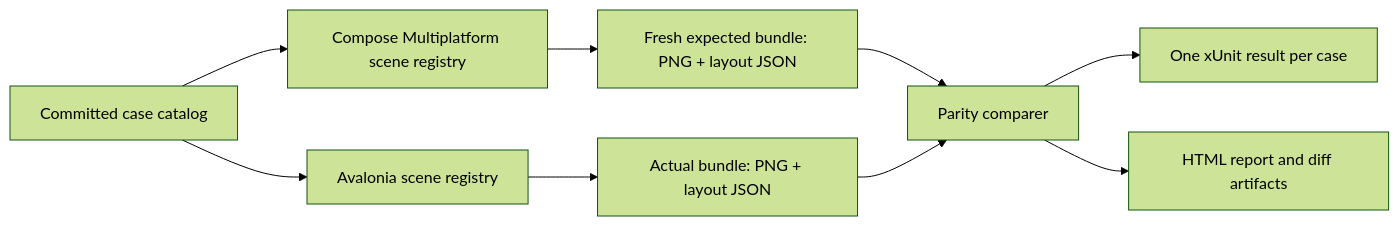
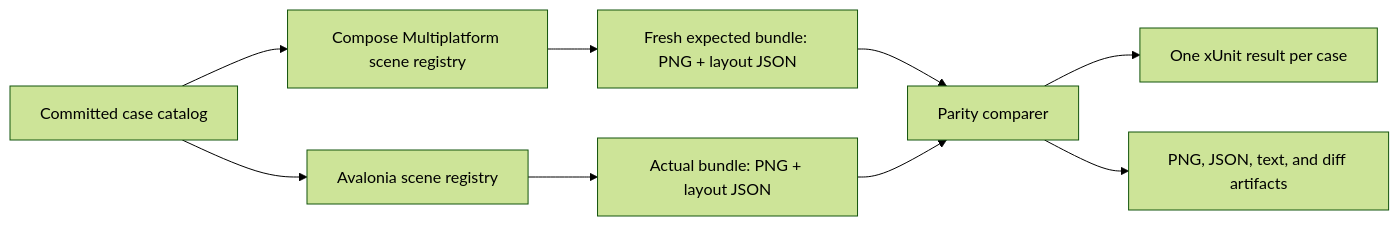
One commit to Shirasagi0012/Material3Expressive.Avalonia changed the diagram in docs/visual-parity-test-plan.md. Above: the diagram before and after it, drawn with Mermaid (forest theme). The commit also changed other lines of this file and 9 other files, not shown here.

````diff
--- a/docs/visual-parity-test-plan.md
+++ b/docs/visual-parity-test-plan.md
@@ -96,11 +97,11 @@
 ```mermaid
 flowchart LR
     A["Committed case catalog"] --> B["Compose Multiplatform scene registry"]
     A --> C["Avalonia scene registry"]
     B --> D["Fresh expected bundle: PNG + layout JSON"]
     C --> E["Actual bundle: PNG + layout JSON"]
     D --> F["Parity comparer"]
     E --> F
     F --> G["One xUnit result per case"]
-    F --> H["HTML report and diff artifacts"]
+    F --> H["PNG, JSON, text, and diff artifacts"]
 ```
````
